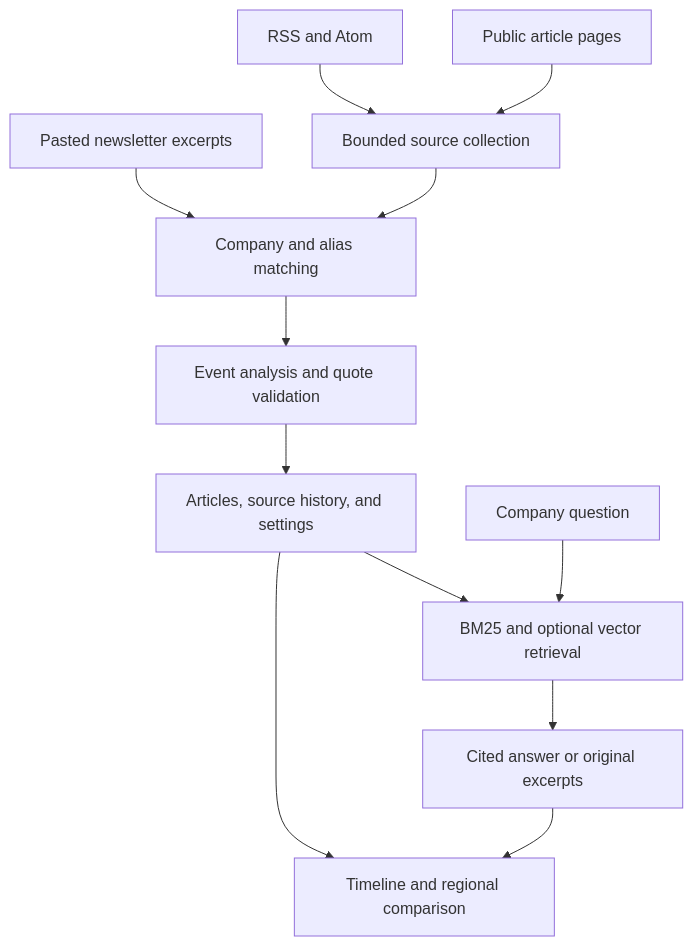
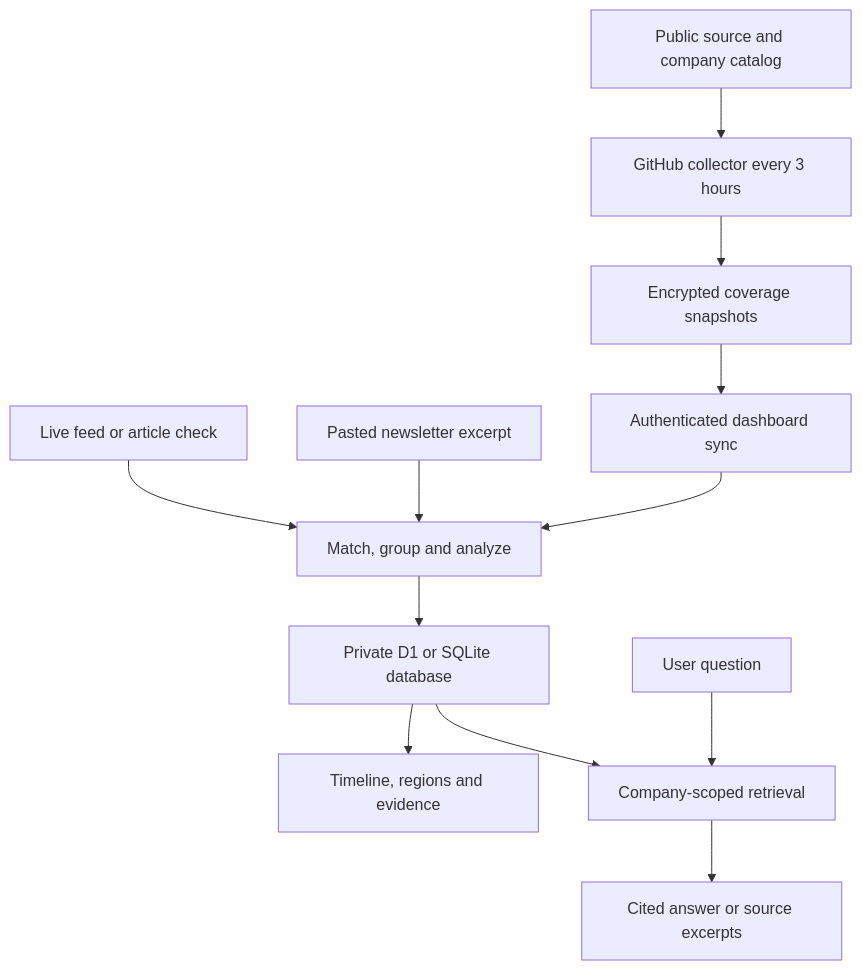
One commit to Praveenraj1618/company-lens changed the first of 3 diagrams in docs/architecture.md. Above: the diagram before and after it, drawn with Mermaid. The commit also changed other lines of this file and 13 other files, not shown here.

Commit message:
fix: validate public publisher networks and document the complete AI pipeline

````diff
--- a/docs/architecture.md
+++ b/docs/architecture.md
@@ -5,14 +9,14 @@
 ```mermaid
 flowchart TD
-  RSS["RSS and Atom"] --> Collect["Bounded source collection"]
-  Web["Public article pages"] --> Collect
-  Paste["Pasted newsletter excerpts"] --> Match["Company and alias matching"]
-  Collect --> Match
-  Match --> Analyze["Event analysis and quote validation"]
-  Analyze --> DB["Articles, source history, and settings"]
-  DB --> Retrieve["BM25 and optional vector retrieval"]
-  Query["Company question"] --> Retrieve
-  Retrieve --> Answer["Cited answer or original excerpts"]
-  DB --> Dashboard["Timeline and regional comparison"]
-  Answer --> Dashboard
+  Catalog["Public source and company catalog"] --> Actions["GitHub collector every 3 hours"]
+  Actions --> Sealed["Encrypted coverage snapshots"]
+  Sealed --> Sync["Authenticated dashboard sync"]
+  Live["Live feed or article check"] --> Pipeline["Match, group and analyze"]
+  Paste["Pasted newsletter excerpt"] --> Pipeline
+  Sync --> Pipeline
+  Pipeline --> Database["Private D1 or SQLite database"]
+  Database --> Views["Timeline, regions and evidence"]
+  Database --> Retrieval["Company-scoped retrieval"]
+  Question["User question"] --> Retrieval
+  Retrieval --> Output["Cited answer or source excerpts"]
 ```
````
